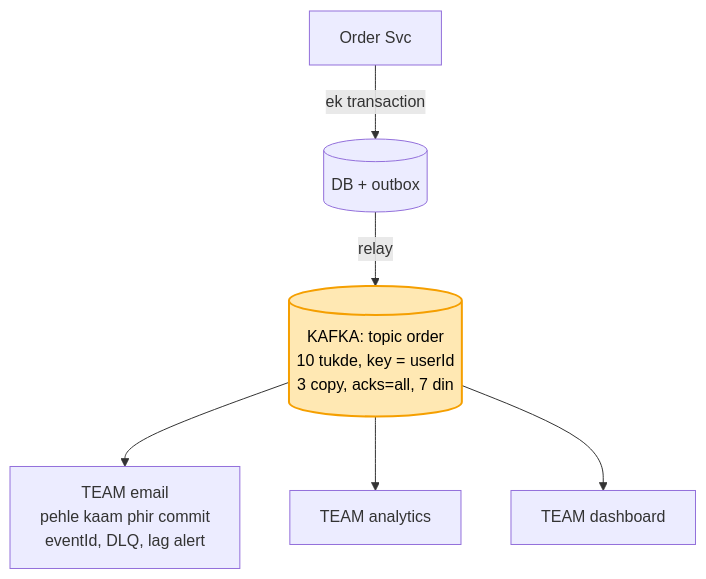
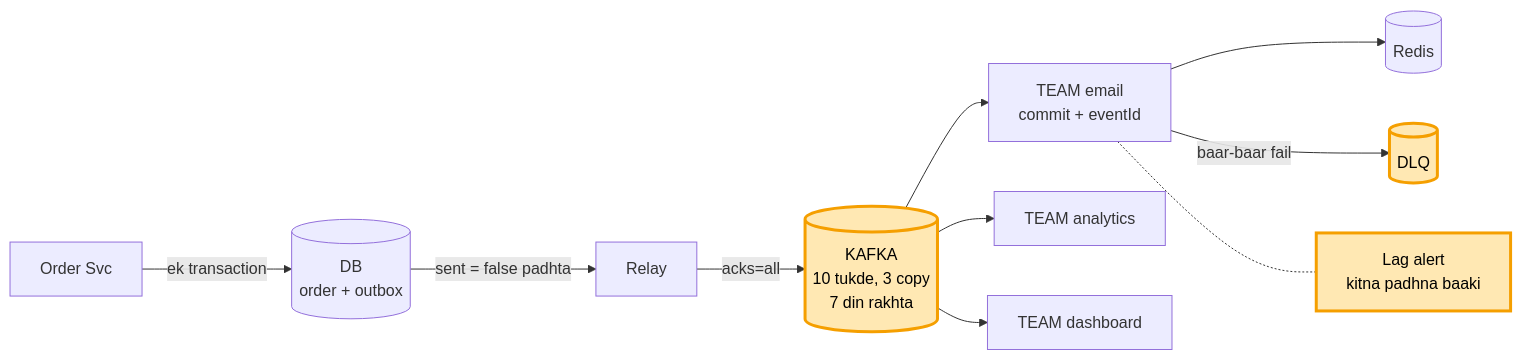
Before and after one commit to ArpanMaheshwari144/Prep: diagram 18 of 18 in 04_HLD/SYSTEM_DESIGNS/12_message_queue_kafka/kafka_seedha.md, drawn with Mermaid. The commit also changed other lines of this file, not shown here.

Commit message:
kafka seedha: ek behti kahani, label nahi, har kadam ka design pichhle ko badhata

````diff
--- a/04_HLD/SYSTEM_DESIGNS/12_message_queue_kafka/kafka_seedha.md
+++ b/04_HLD/SYSTEM_DESIGNS/12_message_queue_kafka/kafka_seedha.md
@@ -382,9 +415,15 @@
 ```mermaid
-flowchart TB
-    O["Order Svc"] -- "ek transaction" --> D[("DB + outbox")]
-    D -- relay --> K[("KAFKA: topic order<br/>10 tukde, key = userId<br/>3 copy, acks=all, 7 din")]
-    K --> E["TEAM email<br/>pehle kaam phir commit<br/>eventId, DLQ, lag alert"]
+flowchart LR
+    O["Order Svc"] -- "ek transaction" --> DB[("DB<br/>order + outbox")]
+    DB -- "sent = false padhta" --> RL["Relay"]
+    RL -- "acks=all" --> K[("KAFKA<br/>10 tukde, 3 copy<br/>7 din rakhta")]
+    K --> E["TEAM email<br/>commit + eventId"]
+    E --> R[("Redis")]
+    E -- "baar-baar fail" --> Q[("DLQ")]
     K --> A["TEAM analytics"]
-    K --> B["TEAM dashboard"]
-    style K fill:#ffe8b3,stroke:#f59f00,stroke-width:2px,color:#000
+    K --> D["TEAM dashboard"]
+    E -.- G["Lag alert<br/>kitna padhna baaki"]
+    style K fill:#ffe8b3,stroke:#f59f00,stroke-width:3px,color:#000
+    style Q fill:#ffe8b3,stroke:#f59f00,stroke-width:3px,color:#000
+    style G fill:#ffe8b3,stroke:#f59f00,stroke-width:3px,color:#000
 ```
````
